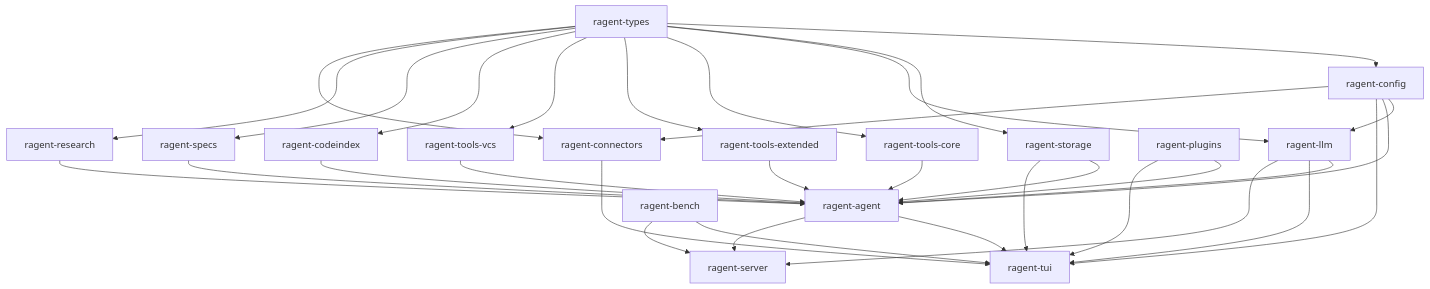
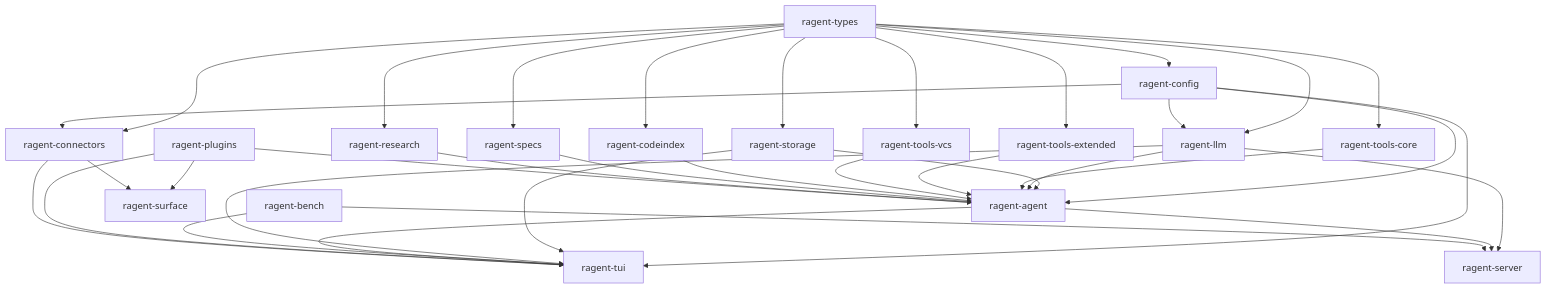
Before and after one commit to thawkins/ragent: the third of 20 diagrams in SPEC.md, drawn with Mermaid. The commit also changed other lines of this file and 797 other files, not shown here.

````diff
--- a/SPEC.md
+++ b/SPEC.md
@@ -605,52 +617,55 @@
 ```mermaid
 graph TD
     T[ragent-types]
     D[ragent-config]
     S[ragent-storage]
     L[ragent-llm]
     TC[ragent-tools-core]
     TE[ragent-tools-extended]
     TV[ragent-tools-vcs]
     A[ragent-agent]
     CI[ragent-codeindex]
     SV[ragent-server]
     TU[ragent-tui]
     SP[ragent-specs]
     RS[ragent-research]
     B[ragent-bench]
     PL[ragent-plugins]
     CN[ragent-connectors]
+    SU[ragent-surface]
 
     T --> D
     T --> S
     T --> L
     T --> TC
     T --> TE
     T --> TV
     T --> CI
     T --> SP
     T --> RS
     T --> CN
     D --> L
     D --> A
     D --> TU
     D --> CN
     S --> A
     S --> TU
     L --> A
     L --> TU
     L --> SV
     TC --> A
     TE --> A
     TV --> A
     A --> TU
     A --> SV
     CI --> A
     SP --> A
     RS --> A
     B --> TU
     B --> SV
     PL --> A
     PL --> TU
+    PL --> SU
     CN --> TU
+    CN --> SU
 ```
````
